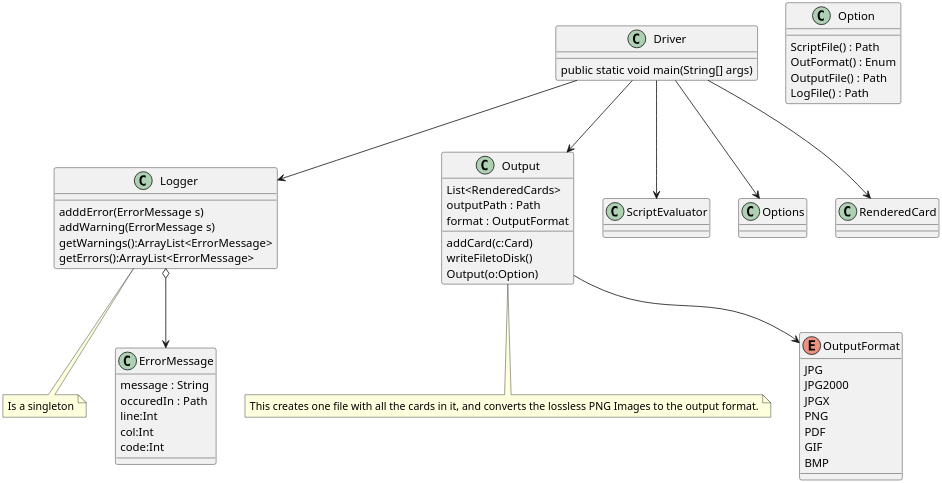
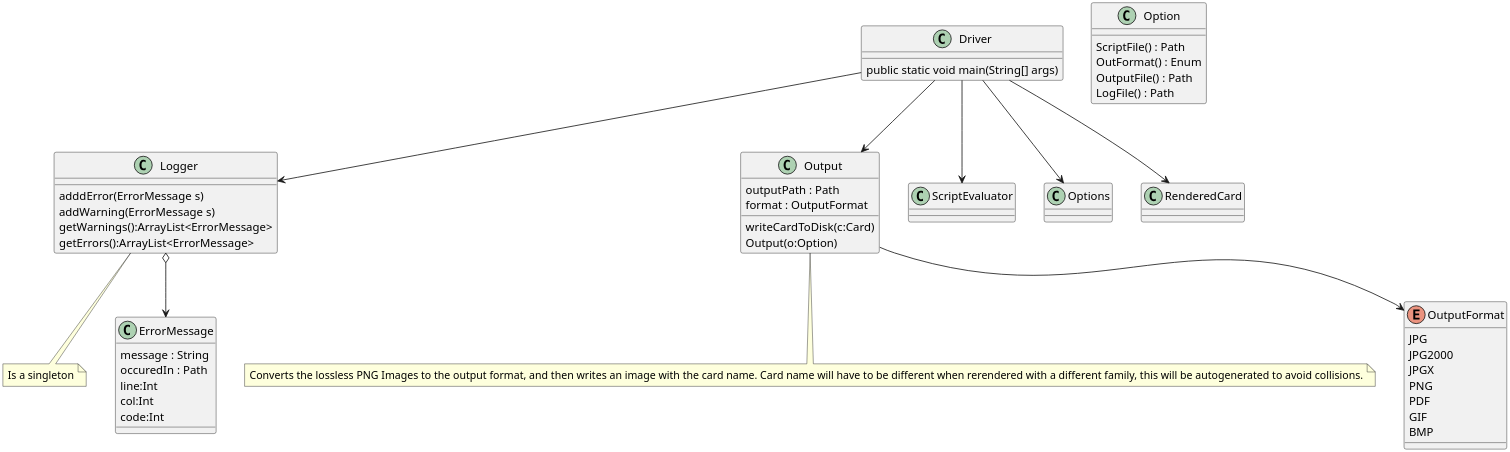
One commit to MatthewBregg/DesignPatternsRepo changed the diagram in Driver.org. Above: the diagram before and after it, drawn with PlantUML. The commit also changed other lines of this file and 1 other file, not shown here.

Commit message:
Driver now outputs per card

```diff
--- a/Driver.org
+++ b/Driver.org
@@ -92,62 +91,60 @@
 #+BEGIN_SRC plantuml :file DriverUML.png
 skinparam dpi 300
 
 class Logger
 Logger : adddError(ErrorMessage s)
 Logger : addWarning(ErrorMessage s)
 Logger : getWarnings():ArrayList<ErrorMessage>
 Logger : getErrors():ArrayList<ErrorMessage>
 
 note bottom : Is a singleton
 
 
 class ErrorMessage
 ErrorMessage : message : String
 ErrorMessage : occuredIn : Path
 ErrorMessage : line:Int
 ErrorMessage : col:Int
 ErrorMessage : code:Int
 
 Logger o--> ErrorMessage 
 
 class Option
 Option : ScriptFile() : Path
 Option : OutFormat() : Enum
 Option : OutputFile() : Path
 Option : LogFile() : Path
 
 class Output
-Output : List<RenderedCards>
 Output : outputPath : Path
 Output : format : OutputFormat
-Output : addCard(c:Card)
-Output : writeFiletoDisk() 
+Output : writeCardToDisk(c:Card)
 Output : Output(o:Option)
-note bottom : This creates one file with all the cards in it, and converts the lossless PNG Images to the output format. 
+note bottom : Converts the lossless PNG Images to the output format, and then writes an image with the card name. Card name will have to be different when rerendered with a different family, this will be autogenerated to avoid collisions.
 
 
 enum OutputFormat {
   JPG
   JPG2000
   JPGX
   PNG
   PDF
   GIF
   BMP
 }
 
 class Driver
 Driver : public static void main(String[] args)
 
 Output --> OutputFormat
 
 Driver --> Output
 Driver --> ScriptEvaluator
 Driver --> Options
 Driver --> Logger
 Driver --> RenderedCard
   
 
 
 
 #+END_SRC
```
